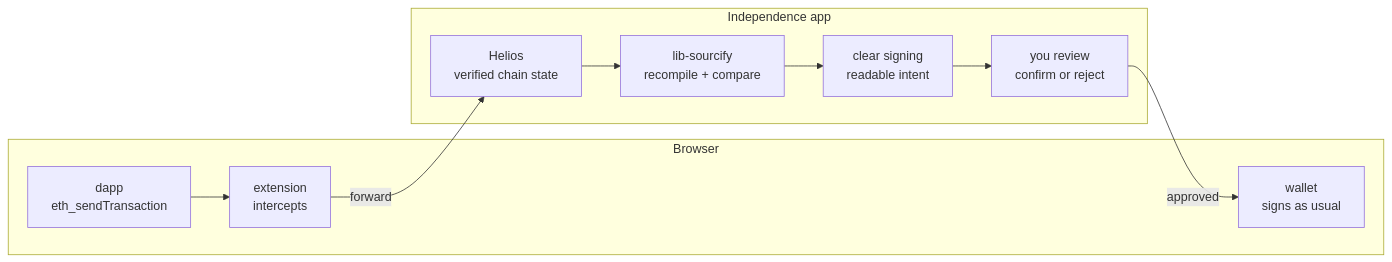
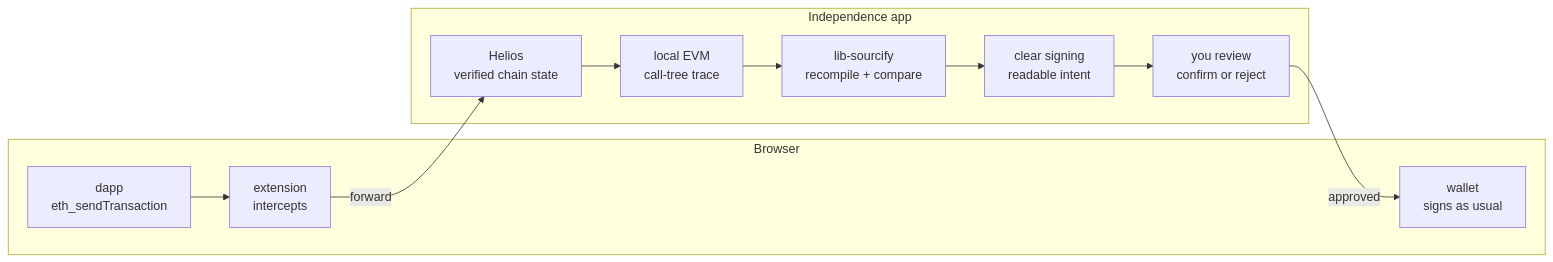
The diagram in PLAN.md (sourcifyeth/onay), drawn with Mermaid before and after one commit. The commit also changed other lines of this file and 7 other files, not shown here.

````diff
--- a/PLAN.md
+++ b/PLAN.md
@@ -23,18 +23,19 @@
 ```mermaid
 flowchart LR
   subgraph browser [Browser]
     dapp["dapp<br/>eth_sendTransaction"]
     ext["extension<br/>intercepts"]
     wallet["wallet<br/>signs as usual"]
   end
   subgraph app [Independence app]
     helios["Helios<br/>verified chain state"]
+    sim["local EVM<br/>call-tree trace"]
     sourcify["lib-sourcify<br/>recompile + compare"]
     cs["clear signing<br/>readable intent"]
     review["you review<br/>confirm or reject"]
   end
   dapp --> ext
   ext -- forward --> helios
-  helios --> sourcify --> cs --> review
+  helios --> sim --> sourcify --> cs --> review
   review -- approved --> wallet
 ```
````
